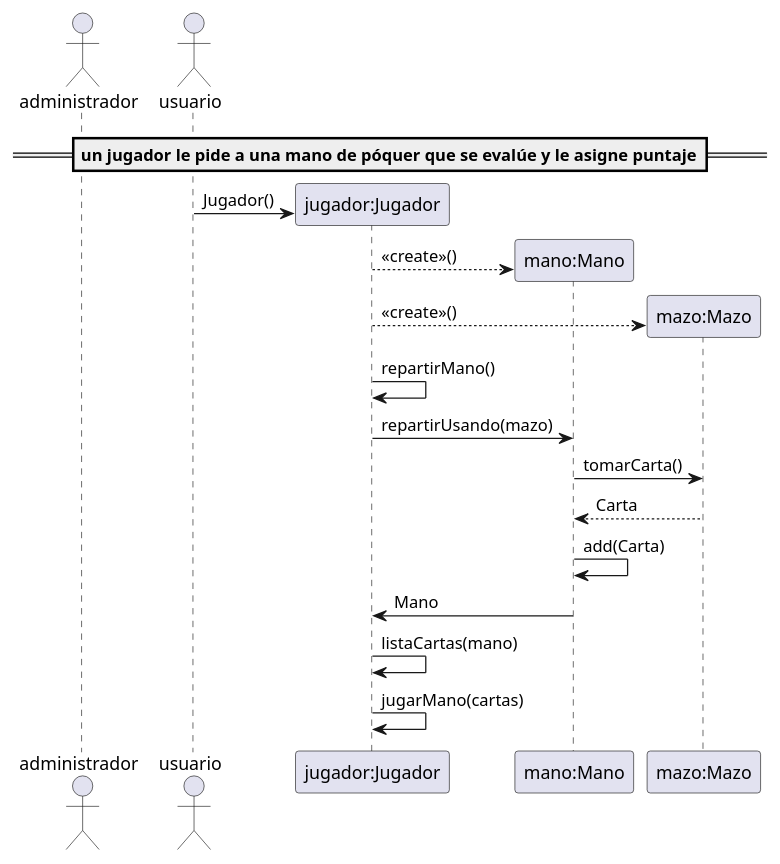
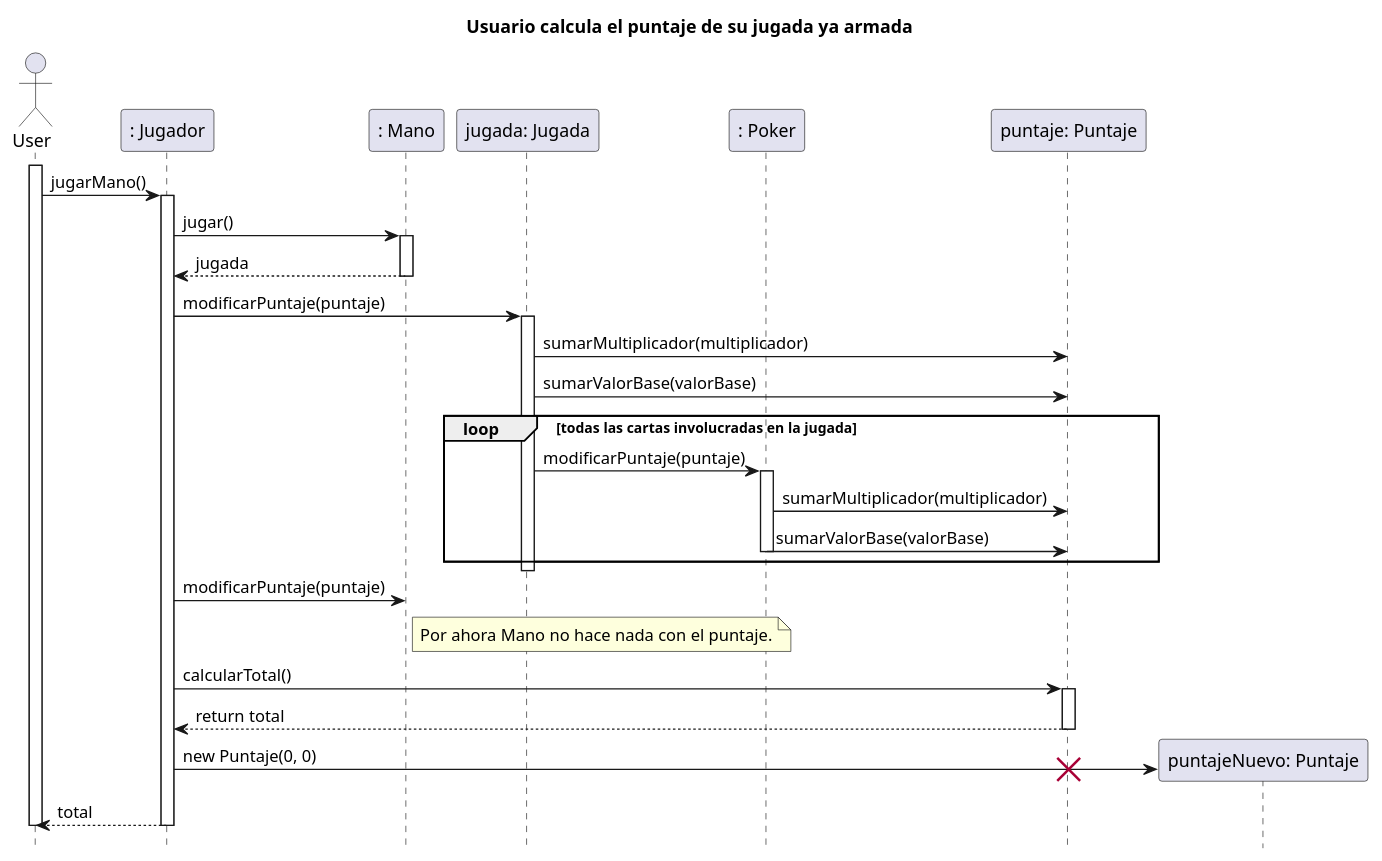
Before and after one commit to fiuba/algo3_proyecto_base_tp2: the diagram in diagrams/sequences/diagrama_secuencia.plantuml, drawn with PlantUML. The commit also changed 2 other files, not shown here.

Commit message:
Diagramas UML para entrega 1

```diff
--- a/diagrams/sequences/diagrama_secuencia.plantuml
+++ b/diagrams/sequences/diagrama_secuencia.plantuml
@@ -1,16 +1,56 @@
 @startuml
-actor "administrador" as admin
-actor "usuario" as user
-==un jugador le pide a una mano de póquer que se evalúe y le asigne puntaje==
-user -> "jugador:Jugador" as jugador ** :Jugador()
-jugador --> "mano:Mano" as mano ** :<<create>>()
-jugador --> "mazo:Mazo" as mazo ** :<<create>>()
-jugador -> jugador : repartirMano()
-jugador -> mano : repartirUsando(mazo)
-mano -> mazo : tomarCarta()
-mazo --> mano : Carta
-mano -> mano : add(Carta)
-mano -> jugador : Mano
-jugador -> jugador : listaCartas(mano)
-jugador -> jugador : jugarMano(cartas)
+
+hide footbox
+title Usuario calcula el puntaje de su jugada ya armada
+
+actor "User" as user
+participant Jugador as ": Jugador"
+participant Mano as ": Mano"
+participant Jugada as "jugada: Jugada"
+participant Poker as ": Poker"
+participant Puntaje as "puntaje: Puntaje"
+participant PuntajeNuevo as "puntajeNuevo: Puntaje"
+
+activate user
+
+user -> Jugador: jugarMano()
+activate Jugador
+
+Jugador -> Mano: jugar()
+activate Mano
+Mano --> Jugador: jugada
+deactivate Mano
+
+Jugador -> Jugada: modificarPuntaje(puntaje)
+activate Jugada
+Jugada -> Puntaje: sumarMultiplicador(multiplicador)
+Jugada -> Puntaje: sumarValorBase(valorBase)
+
+loop todas las cartas involucradas en la jugada
+Jugada -> Poker: modificarPuntaje(puntaje)
+activate Poker
+Poker -> Puntaje: sumarMultiplicador(multiplicador)
+Poker -> Puntaje: sumarValorBase(valorBase)
+deactivate Poker
+end
+deactivate Jugada
+
+Jugador -> Mano: modificarPuntaje(puntaje)
+note right of Mano
+Por ahora Mano no hace nada con el puntaje.
+end note
+
+Jugador -> Puntaje: calcularTotal()
+activate Puntaje
+Puntaje --> Jugador: return total
+deactivate Puntaje
+
+create PuntajeNuevo
+Jugador -> PuntajeNuevo: new Puntaje(0, 0)
+destroy Puntaje
+
+Jugador --> user: total
+deactivate Jugador
+
+deactivate user
 @enduml
```
